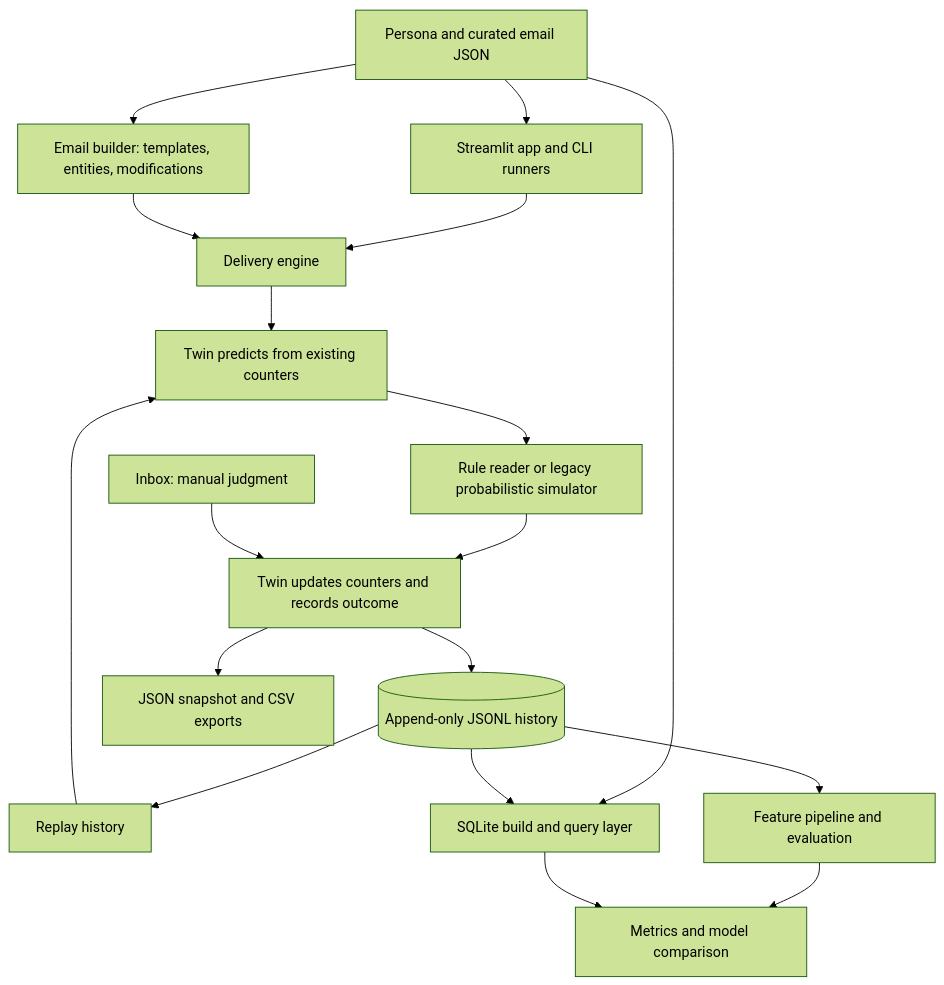
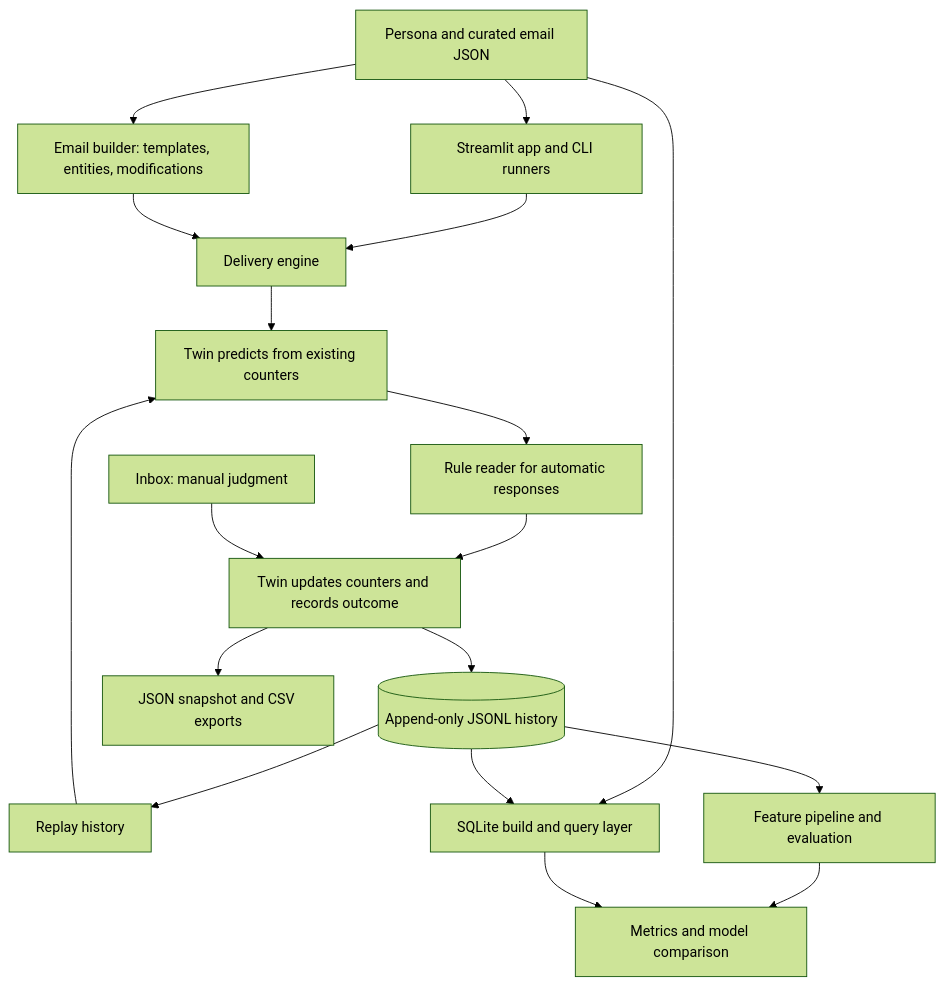
The diagram in PROJECT_SHOWCASE.md (vvek17/Digital_twin), drawn with Mermaid (forest theme) before and after one commit. The commit also changed other lines of this file and 5 other files, not shown here.

````diff
--- a/PROJECT_SHOWCASE.md
+++ b/PROJECT_SHOWCASE.md
@@ -24,20 +24,20 @@
 ```mermaid
 flowchart TD
     Sources[Persona and curated email JSON] --> App[Streamlit app and CLI runners]
     Sources --> Builder[Email builder: templates, entities, modifications]
     App --> Engine[Delivery engine]
     Builder --> Engine
     Engine --> Predict[Twin predicts from existing counters]
-    Predict --> Answer[Rule reader or legacy probabilistic simulator]
+    Predict --> Answer[Rule reader for automatic responses]
     Answer --> Update[Twin updates counters and records outcome]
     Manual[Inbox: manual judgment] --> Update
     Update --> Log[(Append-only JSONL history)]
     Update --> Exports[JSON snapshot and CSV exports]
     Log --> Replay[Replay history]
     Replay --> Predict
     Sources --> DB[SQLite build and query layer]
     Log --> DB
     Log --> ML[Feature pipeline and evaluation]
     ML --> Views[Metrics and model comparison]
     DB --> Views
 ```
````
